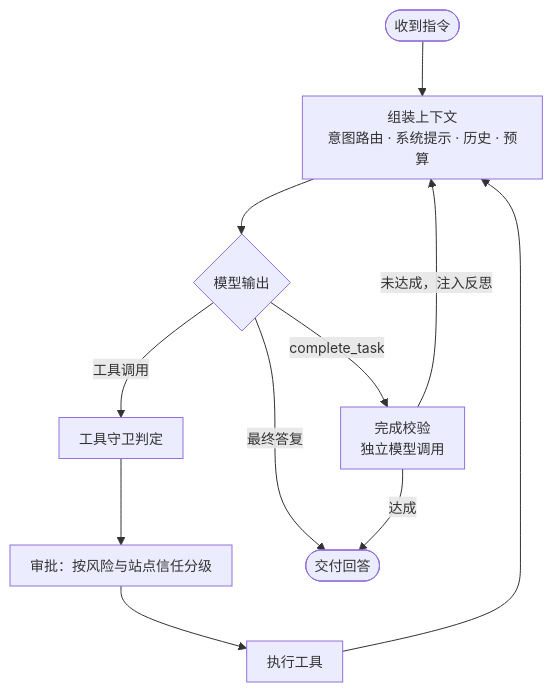
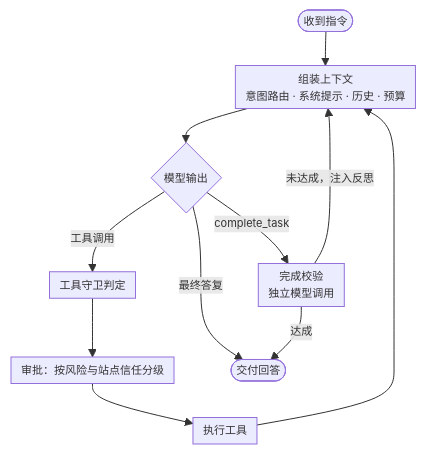
One commit to marioyyds/RecallFlow changed the diagram in README.md. Above: the diagram before and after it, drawn with Mermaid.

Commit message:
docs(readme): Agent 设计流程图缩小排版（fontSize 14->11px，间距收紧）

````diff
--- a/README.md
+++ b/README.md
@@ -48,14 +48,14 @@
 ```mermaid
-%%{init: {"flowchart":{"curve":"basis","nodeSpacing":40,"rankSpacing":55,"padding":10},"themeVariables":{"fontSize":"14px"}}}%%
+%%{init: {"flowchart":{"curve":"basis","nodeSpacing":22,"rankSpacing":34,"padding":5},"themeVariables":{"fontSize":"11px"}}}%%
 flowchart TD
     A(["收到指令"]) --> B["组装上下文<br/>意图路由 · 系统提示 · 历史 · 预算"]
     B --> C{"模型输出"}
     C -->|工具调用| D["工具守卫判定"]
     D --> E["审批：按风险与站点信任分级"]
     E --> F["执行工具"]
     F --> B
     C -->|最终答复| G(["交付回答"])
     C -->|complete_task| H["完成校验<br/>独立模型调用"]
     H -->|未达成，注入反思| B
     H -->|达成| G
 ```
````
